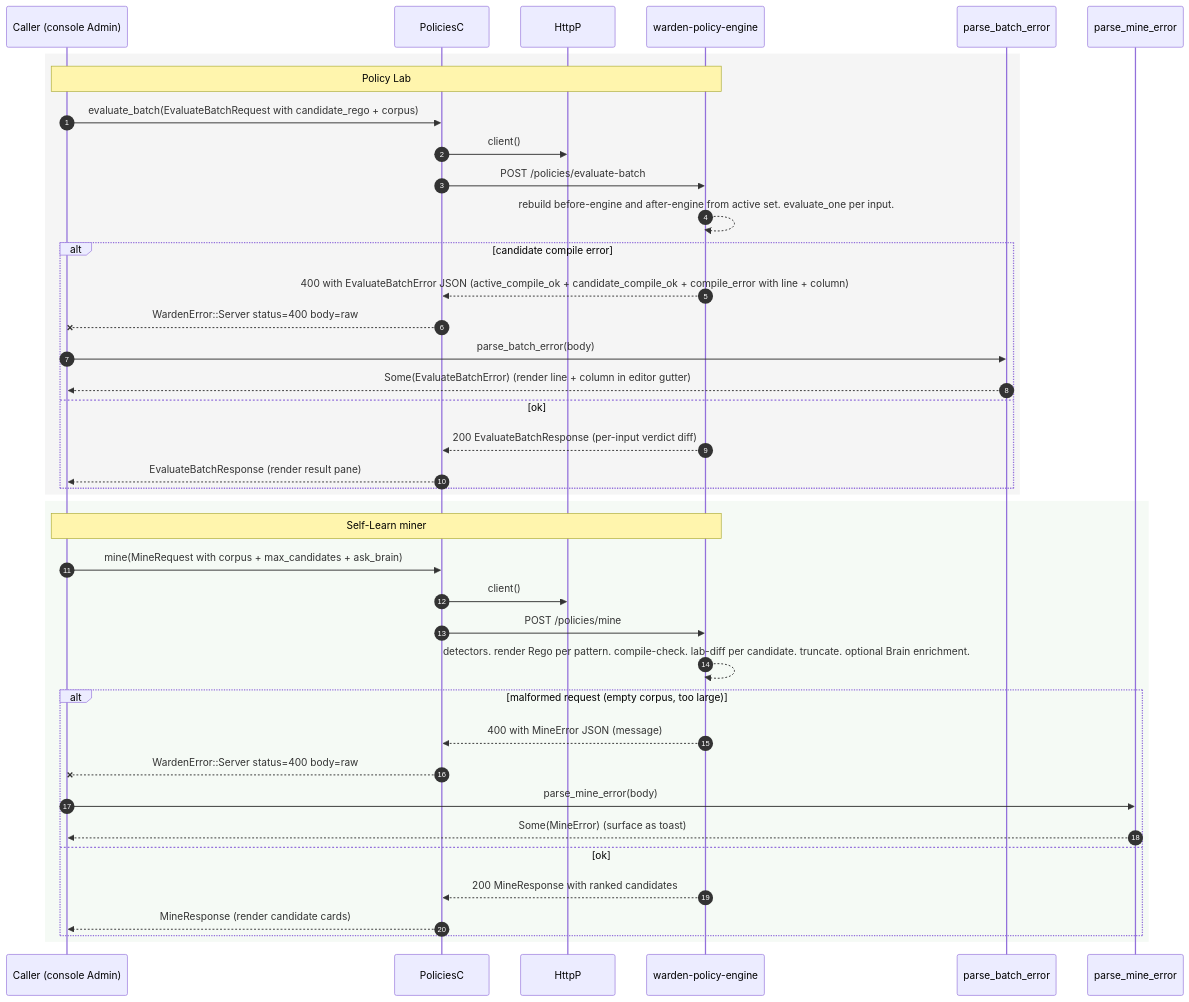
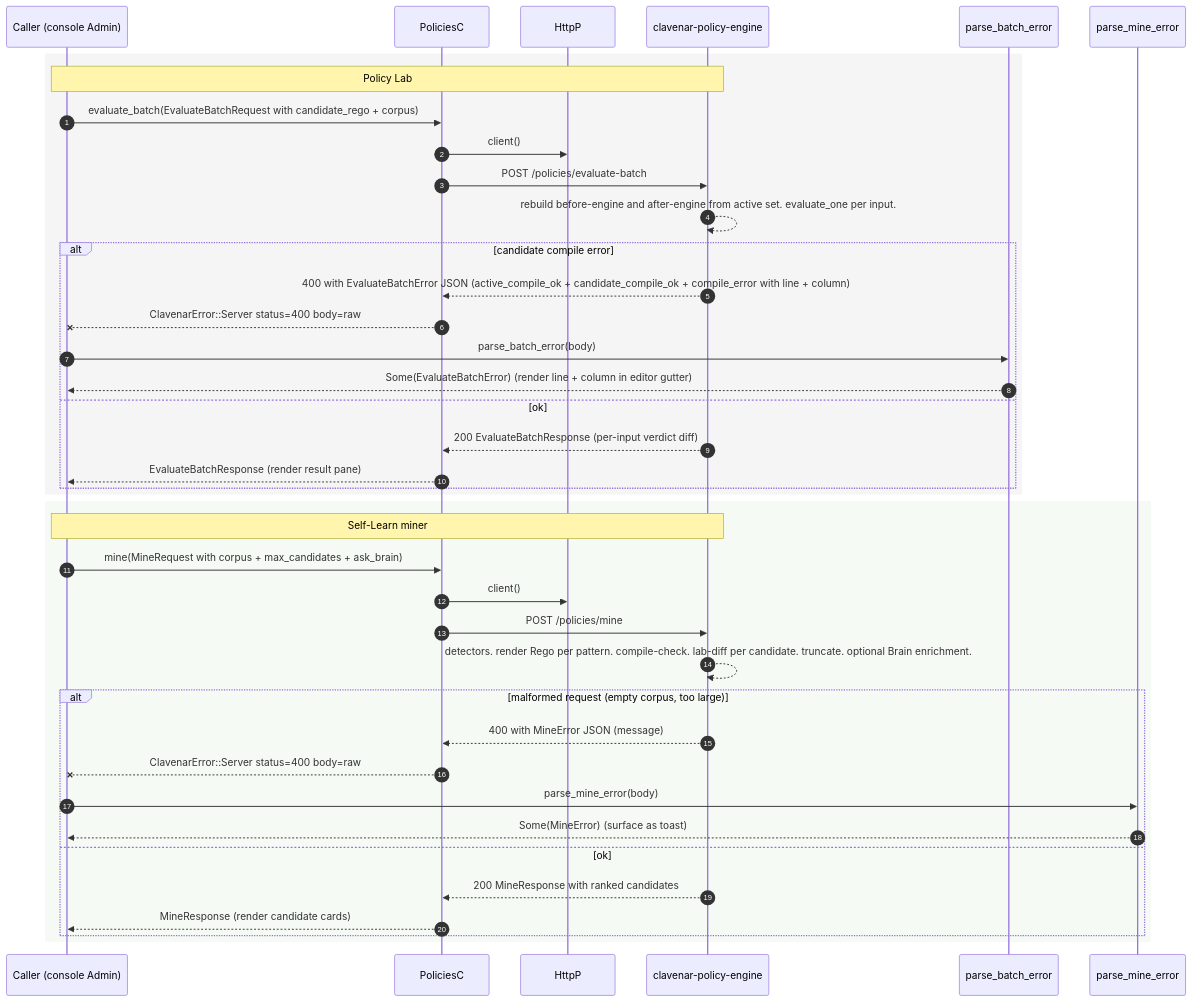
The fifth of 6 diagrams in docs/SEQUENCES.md (clavenar/clavenar-sdk), drawn with Mermaid before and after one commit. The commit also changed other lines of this file and 16 other files, not shown here.

First line of the commit message:
rename product Agent Warden → Clavenar

````diff
--- a/docs/SEQUENCES.md
+++ b/docs/SEQUENCES.md
@@ -319,46 +319,46 @@
 ```mermaid
 sequenceDiagram
     autonumber
     participant Caller as Caller (console Admin)
     participant PoliciesC
     participant HttpP
-    participant Policy as warden-policy-engine
+    participant Policy as clavenar-policy-engine
     participant ParseLab as parse_batch_error
     participant ParseMine as parse_mine_error
 
     rect rgb(245, 245, 245)
     Note over Caller, Policy: Policy Lab
     Caller->>PoliciesC: evaluate_batch(EvaluateBatchRequest with candidate_rego + corpus)
     PoliciesC->>HttpP: client()
     PoliciesC->>Policy: POST /policies/evaluate-batch
     Policy-->>Policy: rebuild before-engine and after-engine from active set. evaluate_one per input.
 
     alt candidate compile error
         Policy-->>PoliciesC: 400 with EvaluateBatchError JSON (active_compile_ok + candidate_compile_ok + compile_error with line + column)
-        PoliciesC--xCaller: WardenError::Server status=400 body=raw
+        PoliciesC--xCaller: ClavenarError::Server status=400 body=raw
         Caller->>ParseLab: parse_batch_error(body)
         ParseLab-->>Caller: Some(EvaluateBatchError) (render line + column in editor gutter)
     else ok
         Policy-->>PoliciesC: 200 EvaluateBatchResponse (per-input verdict diff)
         PoliciesC-->>Caller: EvaluateBatchResponse (render result pane)
     end
     end
 
     rect rgb(245, 250, 245)
     Note over Caller, Policy: Self-Learn miner
     Caller->>PoliciesC: mine(MineRequest with corpus + max_candidates + ask_brain)
     PoliciesC->>HttpP: client()
     PoliciesC->>Policy: POST /policies/mine
     Policy-->>Policy: detectors. render Rego per pattern. compile-check. lab-diff per candidate. truncate. optional Brain enrichment.
 
     alt malformed request (empty corpus, too large)
         Policy-->>PoliciesC: 400 with MineError JSON (message)
-        PoliciesC--xCaller: WardenError::Server status=400 body=raw
+        PoliciesC--xCaller: ClavenarError::Server status=400 body=raw
         Caller->>ParseMine: parse_mine_error(body)
         ParseMine-->>Caller: Some(MineError) (surface as toast)
     else ok
         Policy-->>PoliciesC: 200 MineResponse with ranked candidates
         PoliciesC-->>Caller: MineResponse (render candidate cards)
     end
     end
 ```
````
